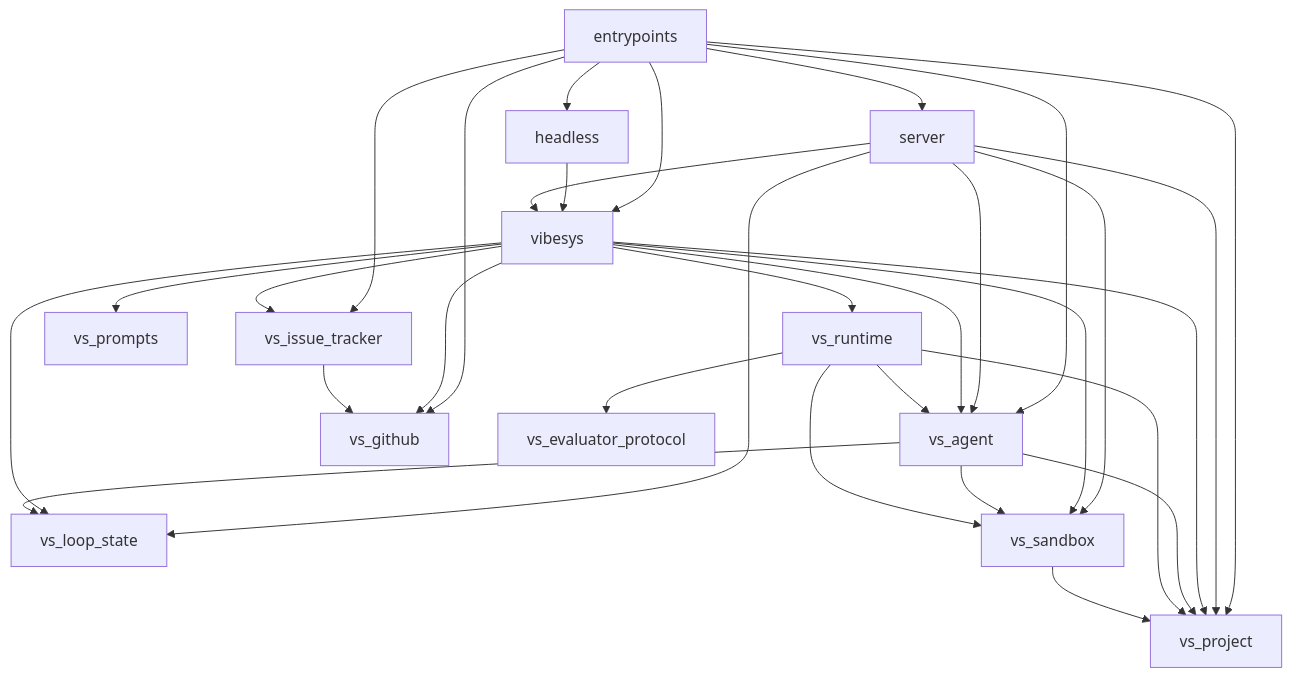
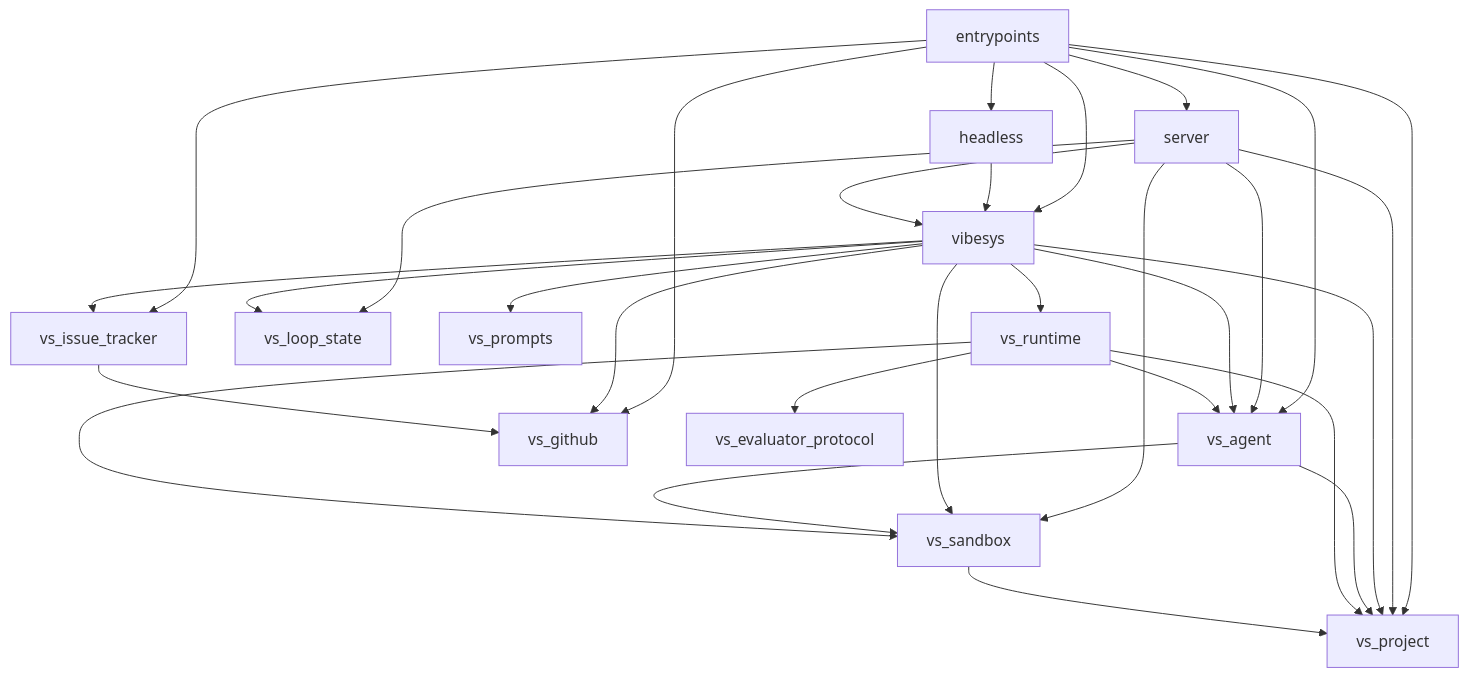
One commit to uw-syfi/vibesys changed the first of 3 diagrams in docs/contributing/architecture.md. Above: the diagram before and after it, drawn with Mermaid. The commit also changed other lines of this file and 29 other files, not shown here.

Commit message:
Refresh architecture after runtime extraction

````diff
--- a/docs/contributing/architecture.md
+++ b/docs/contributing/architecture.md
@@ -39,33 +39,32 @@
 ```mermaid
 graph TD
     entrypoints --> headless
     entrypoints --> server
     entrypoints --> vibesys
     entrypoints --> vs_agent
     entrypoints --> vs_github
     entrypoints --> vs_issue_tracker
     entrypoints --> vs_project
     headless --> vibesys
     server --> vibesys
     server --> vs_agent
     server --> vs_loop_state
     server --> vs_project
     server --> vs_sandbox
     vibesys --> vs_agent
     vibesys --> vs_github
     vibesys --> vs_issue_tracker
     vibesys --> vs_loop_state
     vibesys --> vs_project
     vibesys --> vs_prompts
     vibesys --> vs_runtime
     vibesys --> vs_sandbox
-    vs_agent --> vs_loop_state
     vs_agent --> vs_project
     vs_agent --> vs_sandbox
     vs_issue_tracker --> vs_github
     vs_runtime --> vs_agent
     vs_runtime --> vs_evaluator_protocol
     vs_runtime --> vs_project
     vs_runtime --> vs_sandbox
     vs_sandbox --> vs_project
 ```
````
